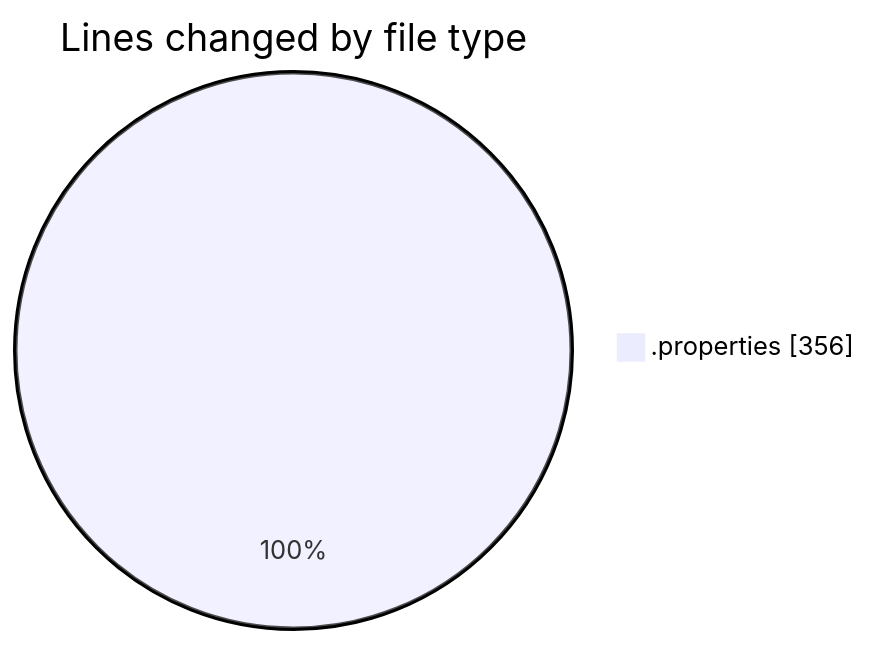
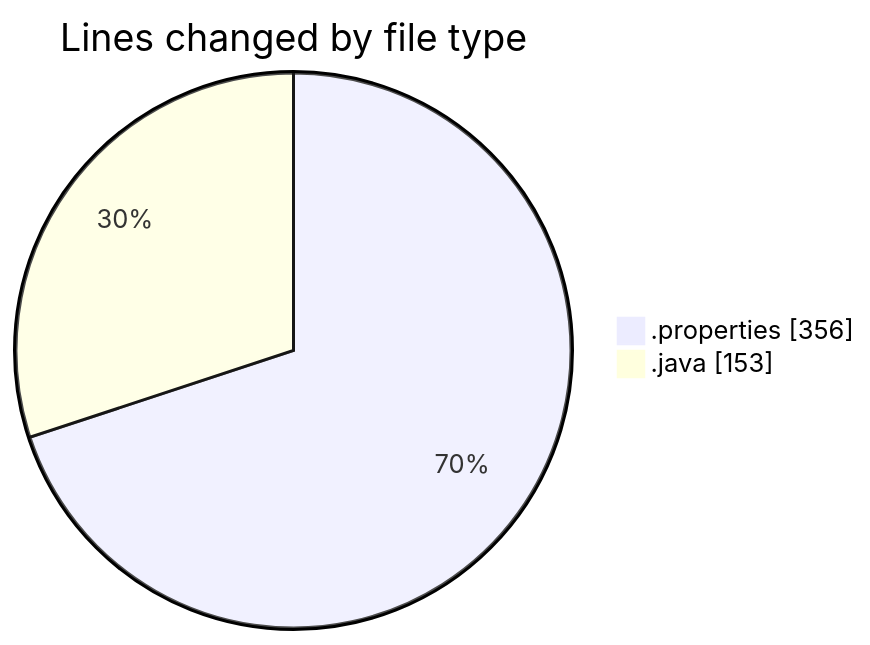
The first of 2 diagrams in 2026-05-13/cilreports__workspace_/README.md (ricardozamudiocil/code-tracking), drawn with Mermaid before and after one commit. The commit also changed other lines of this file and 1 other file, not shown here.

````diff
--- a/2026-05-13/cilreports__workspace_/README.md
+++ b/2026-05-13/cilreports__workspace_/README.md
@@ -23,5 +24,6 @@
 ```mermaid
 pie showData
 title Lines changed by file type
 ".properties" : 356
+".java" : 153
 ```
````
